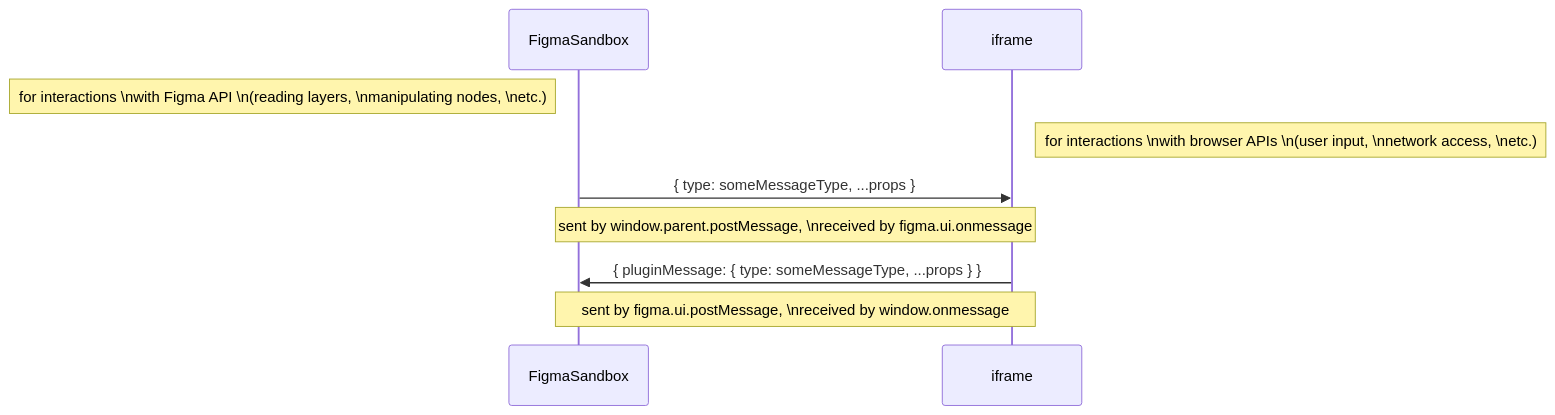
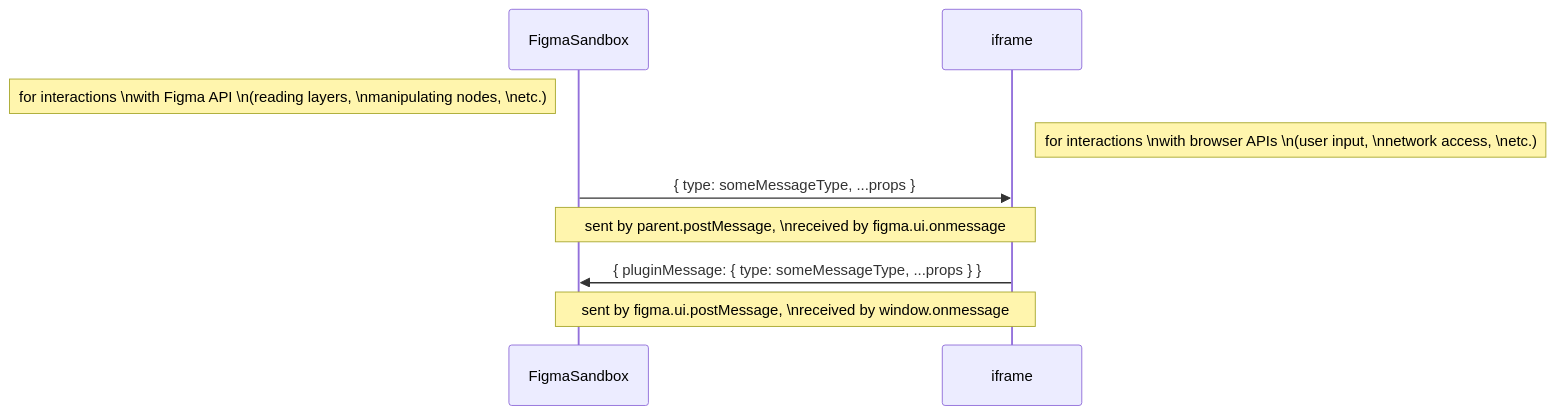
The first of 2 diagrams in _posts/2020-2-25-figma-report-plugin.md (bobheadxi/bobheadxi.github.io), drawn with Mermaid before and after one commit. The commit also changed other lines of this file and 1 other file, not shown here.

Commit message:
wrap up figma post

````diff
--- a/_posts/2020-2-25-figma-report-plugin.md
+++ b/_posts/2020-2-25-figma-report-plugin.md
@@ -61,14 +58,14 @@
 ```mermaid
 sequenceDiagram
   participant FigmaSandbox
   note left of FigmaSandbox: for interactions \nwith Figma API \n(reading layers, \nmanipulating nodes, \netc.)
 
   participant iframe
   note right of iframe: for interactions \nwith browser APIs \n(user input, \nnetwork access, \netc.)
 
   FigmaSandbox->>iframe: { type: someMessageType, ...props }
-  note over FigmaSandbox,iframe: sent by window.parent.postMessage, \nreceived by figma.ui.onmessage
+  note over FigmaSandbox,iframe: sent by parent.postMessage, \nreceived by figma.ui.onmessage
 
   iframe->>FigmaSandbox: { pluginMessage: { type: someMessageType, ...props } }
   note over iframe,FigmaSandbox: sent by figma.ui.postMessage, \nreceived by window.onmessage
 ```
````
